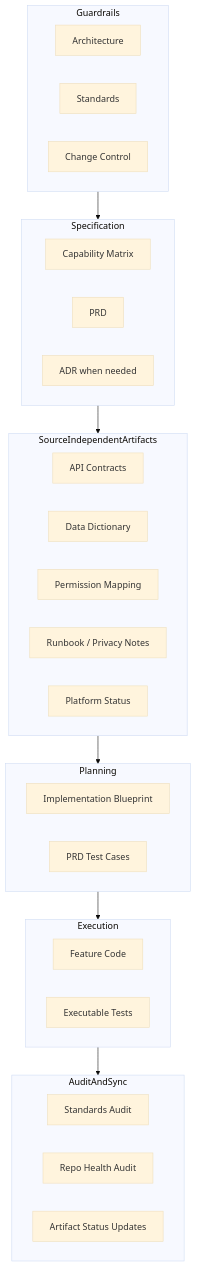
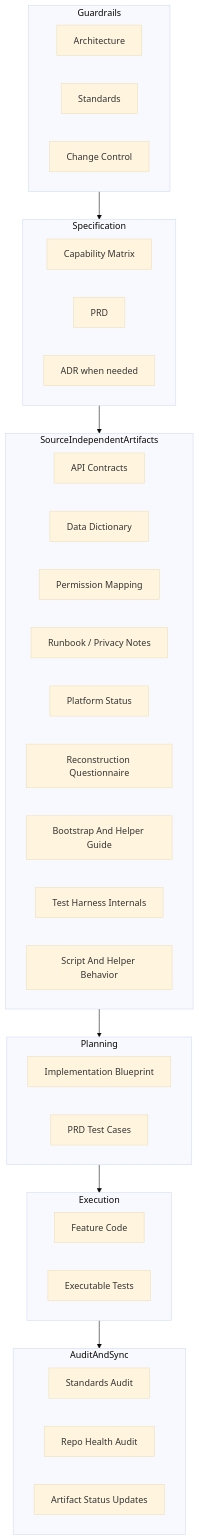
Before and after one commit to gordonrose/kanbien: the second of 2 diagrams in docs/architecture/build-from-spec-change-harness.md, drawn with Mermaid (base theme). The commit also changed other lines of this file and 74 other files, not shown here.

````diff
--- a/docs/architecture/build-from-spec-change-harness.md
+++ b/docs/architecture/build-from-spec-change-harness.md
@@ -36,44 +41,48 @@
 ```mermaid
 flowchart TB
     subgraph Guardrails
       A1[Architecture]
       A2[Standards]
       A3[Change Control]
     end
 
     subgraph Specification
       B1[Capability Matrix]
       B2[PRD]
       B3[ADR when needed]
     end
 
     subgraph SourceIndependentArtifacts
       C1[API Contracts]
       C2[Data Dictionary]
       C3[Permission Mapping]
       C4[Runbook / Privacy Notes]
       C5[Platform Status]
+      C6[Reconstruction Questionnaire]
+      C7[Bootstrap And Helper Guide]
+      C8[Test Harness Internals]
+      C9[Script And Helper Behavior]
     end
 
     subgraph Planning
       D1[Implementation Blueprint]
       D2[PRD Test Cases]
     end
 
     subgraph Execution
       E1[Feature Code]
       E2[Executable Tests]
     end
 
     subgraph AuditAndSync
       F1[Standards Audit]
       F2[Repo Health Audit]
       F3[Artifact Status Updates]
     end
 
     Guardrails --> Specification
     Specification --> SourceIndependentArtifacts
     SourceIndependentArtifacts --> Planning
     Planning --> Execution
     Execution --> AuditAndSync
 ```
````
